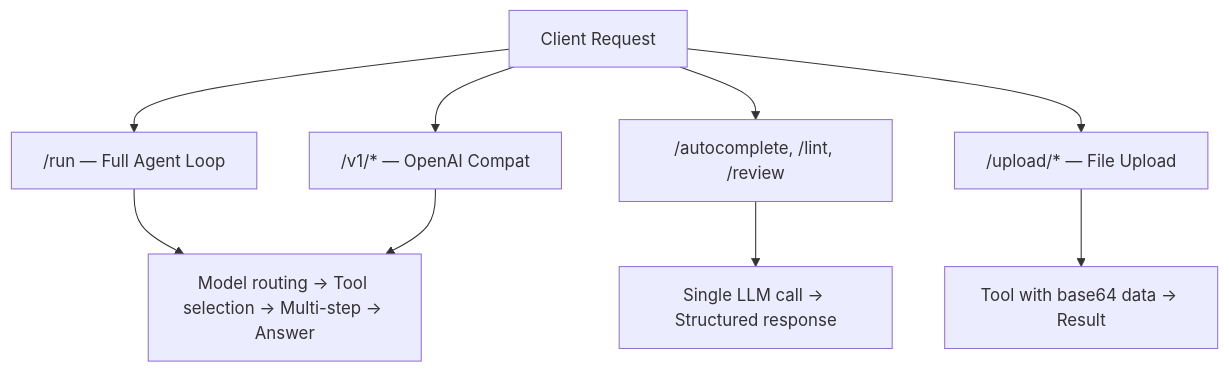
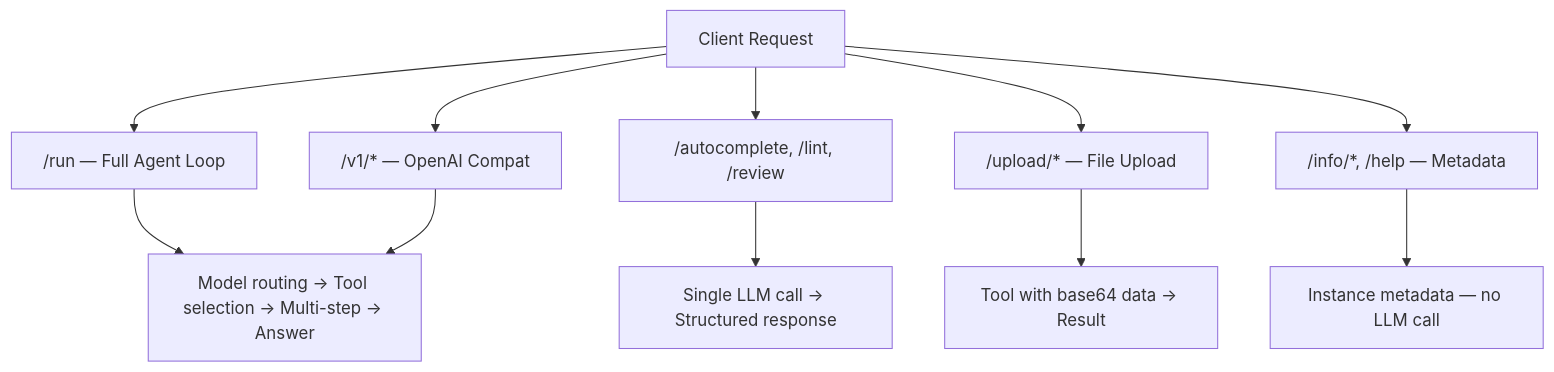
Before and after one commit to Guebbit/AI-coding-assistant: the diagram in docs/endpoint-map.md, drawn with Mermaid. The commit also changed other lines of this file and 3 other files, not shown here.

````diff
--- a/docs/endpoint-map.md
+++ b/docs/endpoint-map.md
@@ -53,12 +57,14 @@
 ```mermaid
 flowchart TD
     Client[Client Request]
     Client --> Generic["/run — Full Agent Loop"]
     Client --> Specialized["/autocomplete, /lint, /review"]
     Client --> Upload["/upload/* — File Upload"]
     Client --> OpenAI["/v1/* — OpenAI Compat"]
+    Client --> Info["/info/*, /help — Metadata"]
     Generic --> AgentLoop["Model routing → Tool selection → Multi-step → Answer"]
     Specialized --> SingleLLM["Single LLM call → Structured response"]
     Upload --> ToolDirect["Tool with base64 data → Result"]
     OpenAI --> AgentLoop
+    Info --> Static["Instance metadata — no LLM call"]
 ```
````
